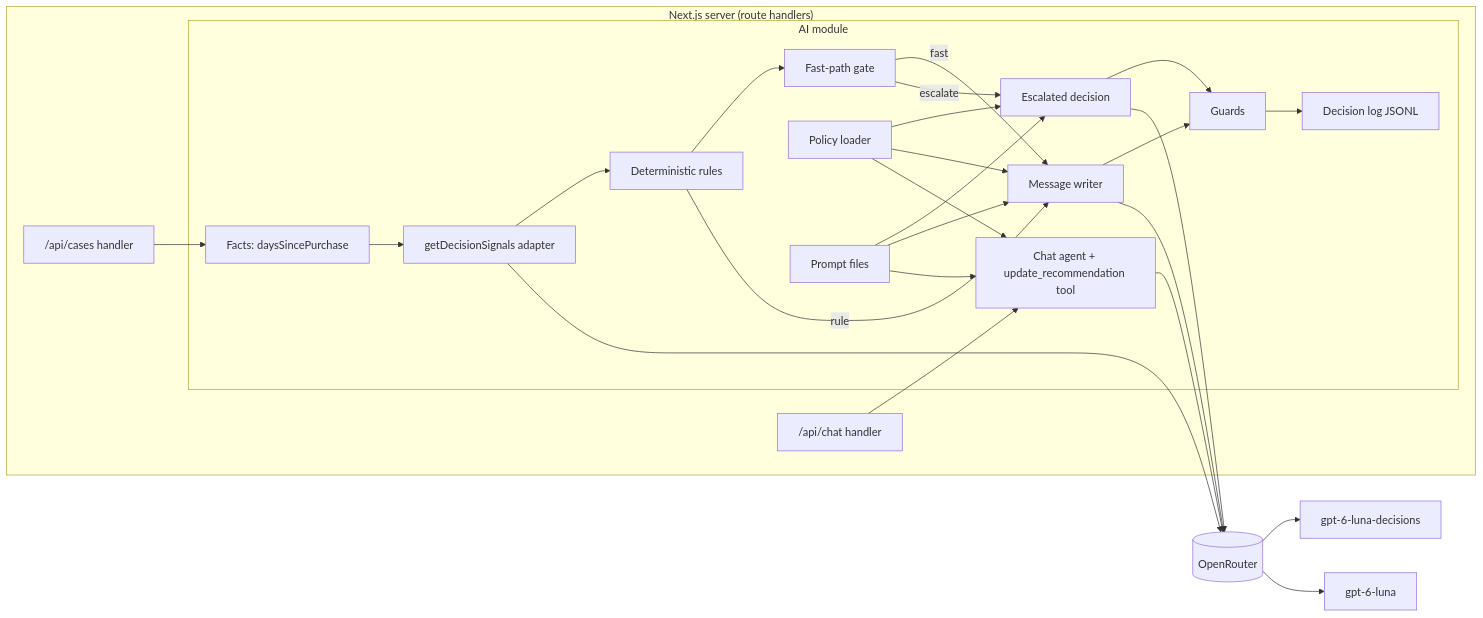
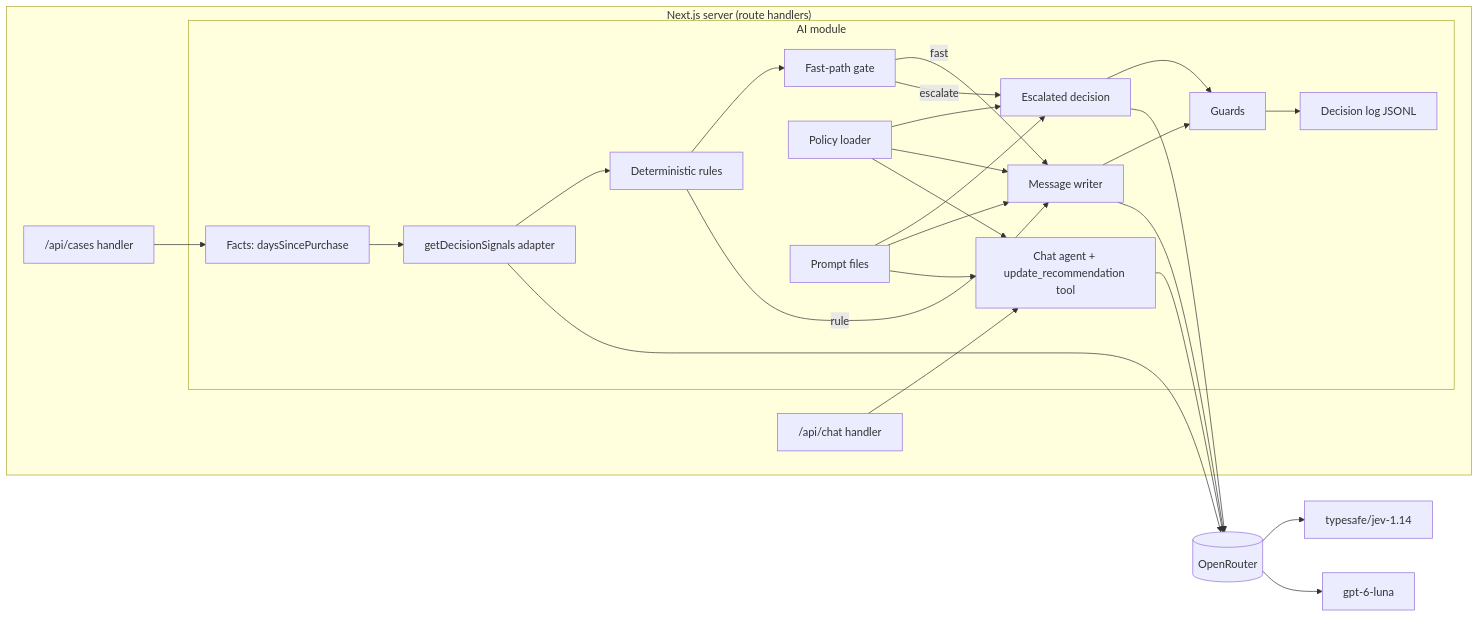
Before and after one commit to LucasMatuszewski/jsystems-ai-programming-2026-11: the first of 5 diagrams in docs/ADR/001-ai-decision-pipeline.md, drawn with Mermaid. The commit also changed other lines of this file and 2 other files, not shown here.

Commit message:
Docs: ADR-001 amendment A2 and plan rev. 5 for the Jev 1.14 decision model

````diff
--- a/docs/ADR/001-ai-decision-pipeline.md
+++ b/docs/ADR/001-ai-decision-pipeline.md
@@ -227,37 +229,37 @@
 ```mermaid
 flowchart LR
     subgraph Server["Next.js server (route handlers)"]
         Cases["/api/cases handler"]
         ChatH["/api/chat handler"]
         subgraph AI["AI module"]
             Facts[Facts: daysSincePurchase]
             Sig[getDecisionSignals adapter]
             Rules[Deterministic rules]
             Gate[Fast-path gate]
             Esc[Escalated decision]
             Wr[Message writer]
             Guards[Guards]
             ChatAgent[Chat agent + update_recommendation tool]
             Pol[Policy loader]
             Prm[Prompt files]
             Log[Decision log JSONL]
         end
     end
     OR[(OpenRouter)]
-    LD[gpt-6-luna-decisions]
+    LD[typesafe/jev-1.14]
     LL[gpt-6-luna]
     Cases --> Facts --> Sig --> Rules --> Gate
     Gate -- fast --> Wr
     Rules -- rule --> Wr
     Gate -- escalate --> Esc
     Esc --> Guards
     Wr --> Guards --> Log
     ChatH --> ChatAgent
     Pol --> Esc & Wr & ChatAgent
     Prm --> Esc & Wr & ChatAgent
     Sig --> OR --> LD
     Esc --> OR
     Wr --> OR
     ChatAgent --> OR
     OR --> LL
 ```
````
